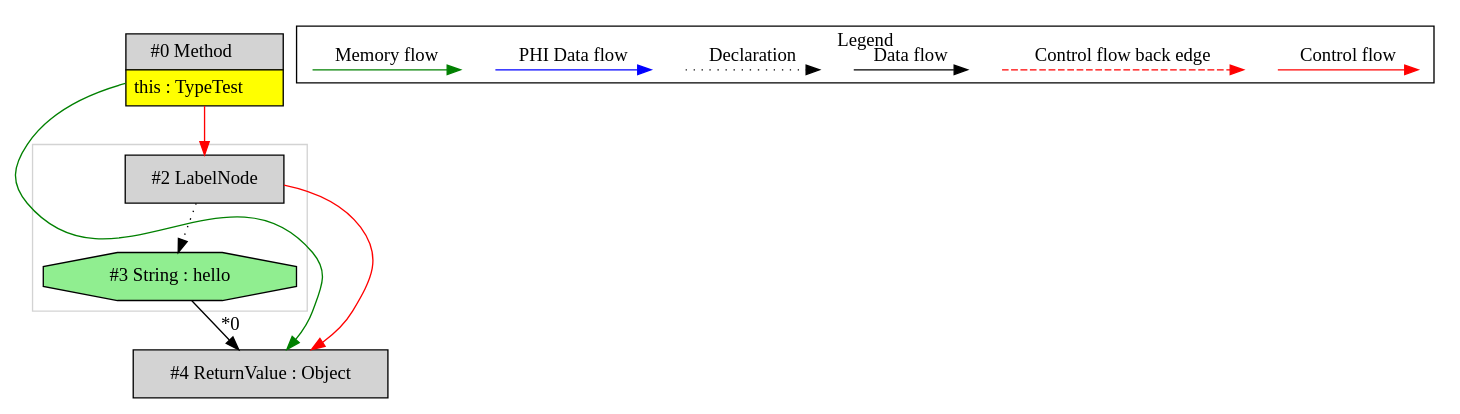
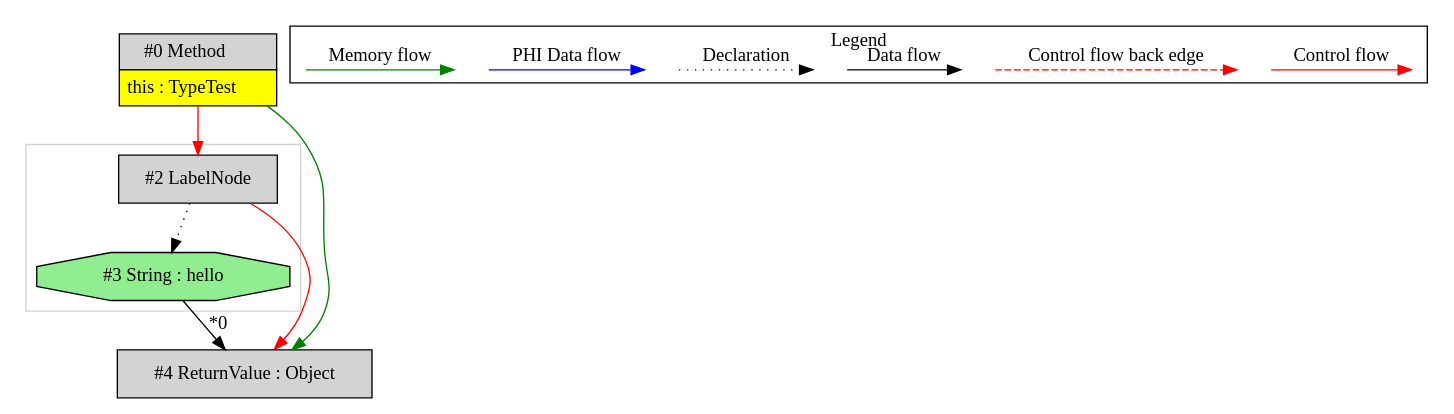
Before and after one commit to mirkosertic/MetaIR: the diagram in de.mirkosertic.metair.ir.examples.TypeTest/downCastReturnObject/ir.dot, drawn with Graphviz. The commit also changed other lines of this file and 1234 other files, not shown here.

```diff
--- a/de.mirkosertic.metair.ir.examples.TypeTest/downCastReturnObject/ir.dot
+++ b/de.mirkosertic.metair.ir.examples.TypeTest/downCastReturnObject/ir.dot
@@ -1,43 +1,43 @@
 digraph {
  ordering="in";
  node0[margin="0", label=<<table border="0" cellborder="1" cellspacing="0" cellpadding="5"><tr><td colspan="1">#0 Method</td></tr><tr><td port="prj1" bgcolor="yellow">this : TypeTest</td></tr></table>>,shape=none, fillcolor=lightgrey, style=filled];
+ node2[label="#2 LabelNode",shape=box, fillcolor=lightgrey, style=filled];
+ node0 -> node2[labeldistance=2, color=red, fontcolor=red];
+ node3[label="#3 String : hello",shape=octagon, fillcolor=lightgreen, style=filled];
+ node2 -> node3[style=dotted];
  node4[label="#4 ReturnValue : Object",shape=box, fillcolor=lightgrey, style=filled];
  node3 -> node4[headlabel="*0", labeldistance=2];
  node2 -> node4[labeldistance=2, color=red, fontcolor=red];
  node0 -> node4[labeldistance=2, color=green, constraint=false];
- node2[label="#2 LabelNode",shape=box, fillcolor=lightgrey, style=filled];
- node0 -> node2[labeldistance=2, color=red, fontcolor=red];
- node3[label="#3 String : hello",shape=octagon, fillcolor=lightgreen, style=filled];
- node2 -> node3[style=dotted];
  subgraph cluster_0 {
   color=lightgray;
   node2;
   node3;
  }
  subgraph cluster_000 {
   label = "Legend";
   node [shape=point]
   {
    rank=same;
    c0 [style = invis];
    c1 [style = invis];
    c2 [style = invis];
    c3 [style = invis];
    d0 [style = invis];
    d1 [style = invis];
    d2 [style = invis];
    d3 [style = invis];
    d4 [style = invis];
    d5 [style = invis];
    d6 [style = invis];
    d7 [style = invis];
   }
   c0 -> c1 [label="Control flow", style=solid, color=red]
   c2 -> c3 [label="Control flow back edge", style=dashed, color=red]
   d0 -> d1 [label="Data flow"]
   d2 -> d3 [label="Declaration", style=dotted]
   d4 -> d5 [label="PHI Data flow", color=blue]
   d6 -> d7 [label="Memory flow", color=green]
  }
 
 }
```
